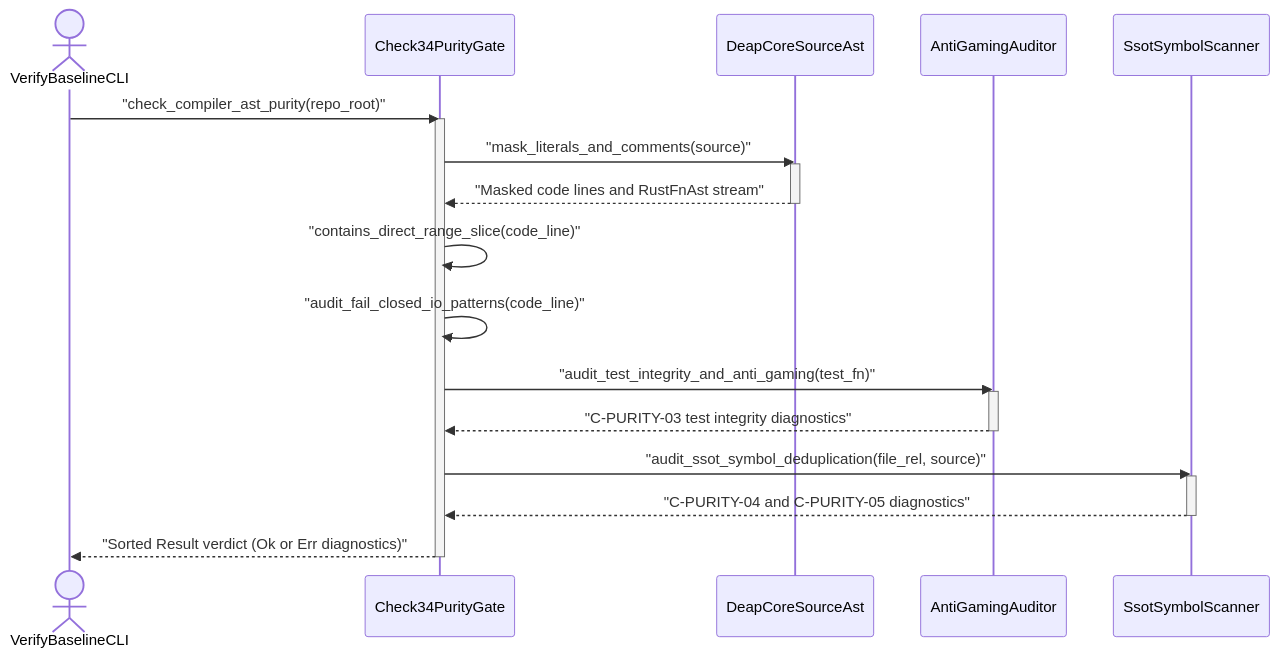
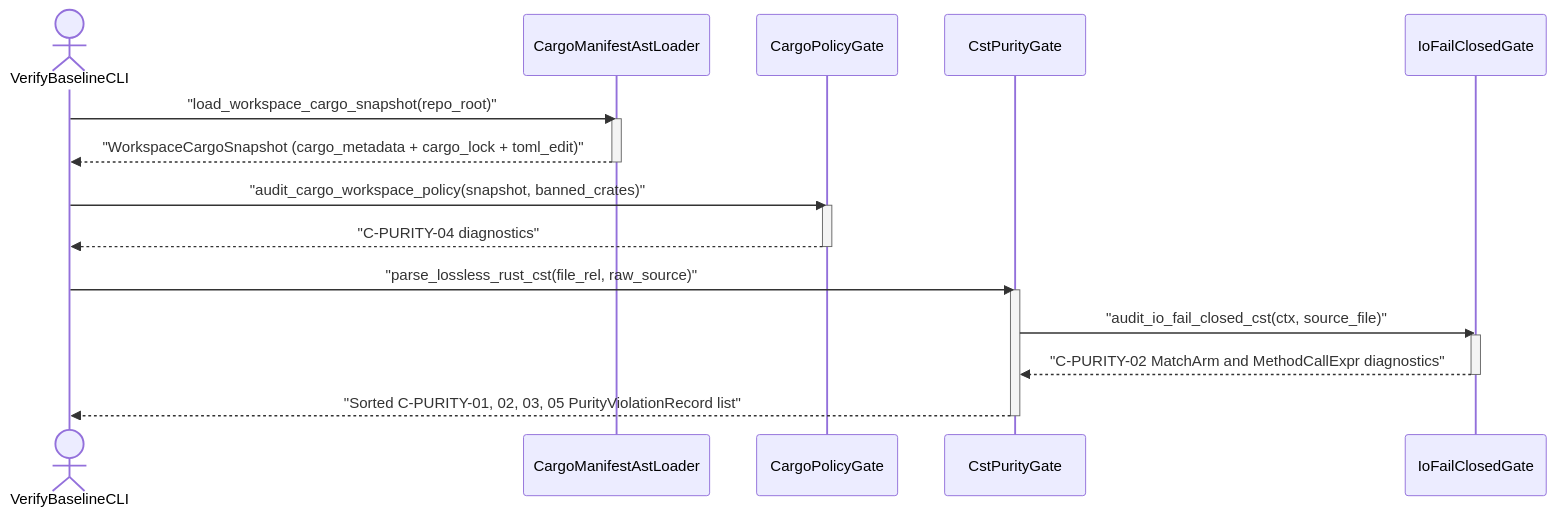
One commit to gintatkinson/DEAP01-spec-core changed the second of 2 diagrams in docs/designs/blueprint-02-check34-ast-purity-and-anti-gaming-gate.md. Above: the diagram before and after it, drawn with Mermaid. The commit also changed other lines of this file and 2 other files, not shown here.

Commit message:
docs(blueprints): refactor BP-02 onto ra_ap_syntax typed CST and official Cargo crates

````diff
--- a/docs/designs/blueprint-02-check34-ast-purity-and-anti-gaming-gate.md
+++ b/docs/designs/blueprint-02-check34-ast-purity-and-anti-gaming-gate.md
@@ -115,27 +122,25 @@
 ```mermaid
 sequenceDiagram
     actor Runner as VerifyBaselineCLI
-    participant Gate as Check34PurityGate
-    participant Lexer as DeapCoreSourceAst
-    participant TestAud as AntiGamingAuditor
-    participant SSOT as SsotSymbolScanner
+    participant CargoLdr as CargoManifestAstLoader
+    participant CargoPol as CargoPolicyGate
+    participant CstGate as CstPurityGate
+    participant IoGate as IoFailClosedGate
 
-    Runner->>Gate: "check_compiler_ast_purity(repo_root)"
-    activate Gate
-    Gate->>Lexer: "mask_literals_and_comments(source)"
-    activate Lexer
-    Lexer-->>Gate: "Masked code lines and RustFnAst stream"
-    deactivate Lexer
-    Gate->>Gate: "contains_direct_range_slice(code_line)"
-    Gate->>Gate: "audit_fail_closed_io_patterns(code_line)"
-    Gate->>TestAud: "audit_test_integrity_and_anti_gaming(test_fn)"
-    activate TestAud
-    TestAud-->>Gate: "C-PURITY-03 test integrity diagnostics"
-    deactivate TestAud
-    Gate->>SSOT: "audit_ssot_symbol_deduplication(file_rel, source)"
-    activate SSOT
-    SSOT-->>Gate: "C-PURITY-04 and C-PURITY-05 diagnostics"
-    deactivate SSOT
-    Gate-->>Runner: "Sorted Result verdict (Ok or Err diagnostics)"
-    deactivate Gate
+    Runner->>CargoLdr: "load_workspace_cargo_snapshot(repo_root)"
+    activate CargoLdr
+    CargoLdr-->>Runner: "WorkspaceCargoSnapshot (cargo_metadata + cargo_lock + toml_edit)"
+    deactivate CargoLdr
+    Runner->>CargoPol: "audit_cargo_workspace_policy(snapshot, banned_crates)"
+    activate CargoPol
+    CargoPol-->>Runner: "C-PURITY-04 diagnostics"
+    deactivate CargoPol
+    Runner->>CstGate: "parse_lossless_rust_cst(file_rel, raw_source)"
+    activate CstGate
+    CstGate->>IoGate: "audit_io_fail_closed_cst(ctx, source_file)"
+    activate IoGate
+    IoGate-->>CstGate: "C-PURITY-02 MatchArm and MethodCallExpr diagnostics"
+    deactivate IoGate
+    CstGate-->>Runner: "Sorted C-PURITY-01, 02, 03, 05 PurityViolationRecord list"
+    deactivate CstGate
 ```
````
